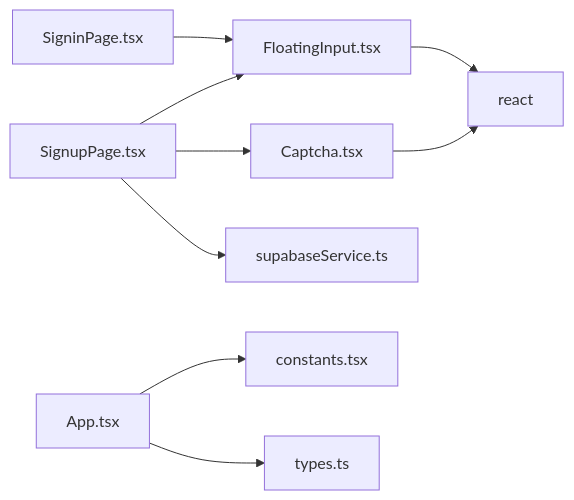
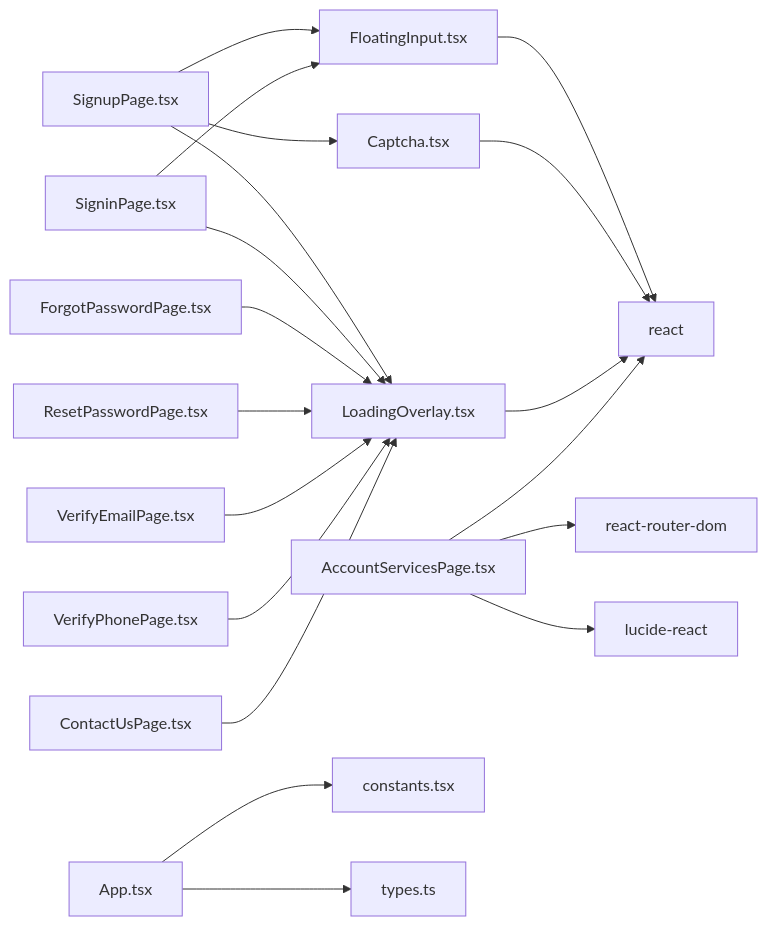
The seventh of 7 diagrams in .qoder/repowiki/en/content/UI Component Library/UI Component Library.md (zpria/ACCOUND-ZPRIA), drawn with Mermaid before and after one commit. The commit also changed other lines of this file and 12 other files, not shown here.

````diff
--- a/.qoder/repowiki/en/content/UI Component Library/UI Component Library.md
+++ b/.qoder/repowiki/en/content/UI Component Library/UI Component Library.md
@@ -230,11 +402,21 @@
 ```mermaid
 graph LR
 FI["FloatingInput.tsx"] --> React["react"]
 CA["Captcha.tsx"] --> React
+LO["LoadingOverlay.tsx"] --> React
+AS["AccountServicesPage.tsx"] --> React
+AS --> Router["react-router-dom"]
+AS --> Icons["lucide-react"]
 SP["SignupPage.tsx"] --> FI
 SP --> CA
-SP --> SB["supabaseService.ts"]
+SP --> LO
 SI["SigninPage.tsx"] --> FI
+SI --> LO
+FP["ForgotPasswordPage.tsx"] --> LO
+RP["ResetPasswordPage.tsx"] --> LO
+VE["VerifyEmailPage.tsx"] --> LO
+VP["VerifyPhonePage.tsx"] --> LO
+CU["ContactUsPage.tsx"] --> LO
 APP["App.tsx"] --> CONST["constants.tsx"]
 APP --> TYPES["types.ts"]
 ```
````
